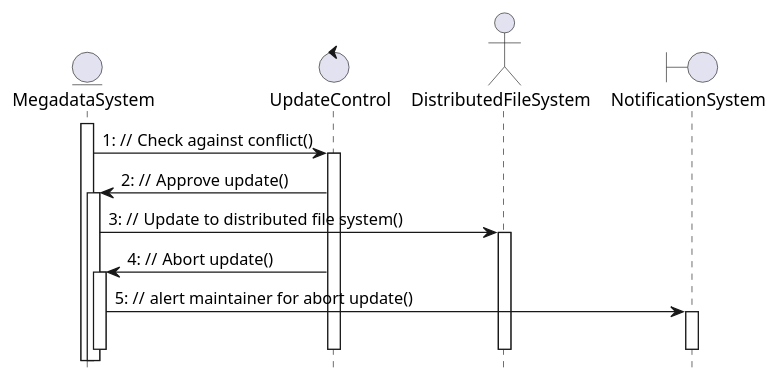
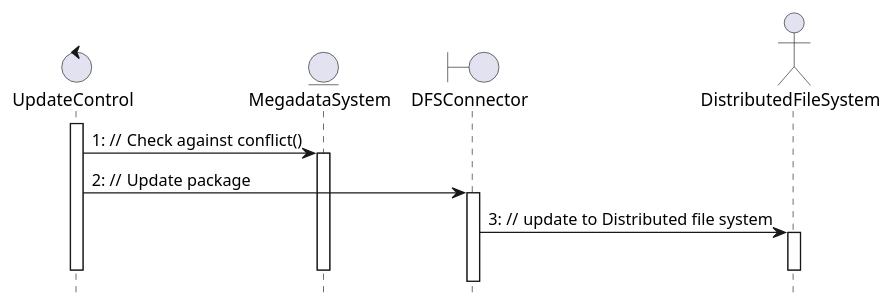
One commit to McSinyx/ipppi changed the fifth of 6 diagrams in source/solution/use-case-analysis.rst. Above: the diagram before and after it, drawn with PlantUML. The commit also changed other lines of this file, not shown here.

```diff
--- a/source/solution/use-case-analysis.rst
+++ b/source/solution/use-case-analysis.rst
@@ -138,21 +138,18 @@
 .. uml::
 
    autonumber "#: //"
    autoactivate on
    hide footbox
 
+   control UpdateControl    
    entity MegadataSystem 
-   control UpdateControl    
+   boundary DFSConnector
    actor DistributedFileSystem
-   boundary NotificationSystem
    
-   activate MegadataSystem
-   MegadataSystem -> UpdateControl : Check against conflict()
-   UpdateControl -> MegadataSystem : Approve update()
-   MegadataSystem -> DistributedFileSystem : Update to distributed file system()
-   UpdateControl -> MegadataSystem : Abort update()
-   MegadataSystem -> NotificationSystem : alert maintainer for abort update()
+   activate UpdateControl
+   UpdateControl -> MegadataSystem : Check against conflict()
+   UpdateControl -> DFSConnector : Update package
+   DFSConnector -> DistributedFileSystem :update to Distributed file system
    deactivate MegadataSystem
    deactivate UpdateControl
-   deactivate NotificationSystem
    deactivate DistributedFileSystem
```
